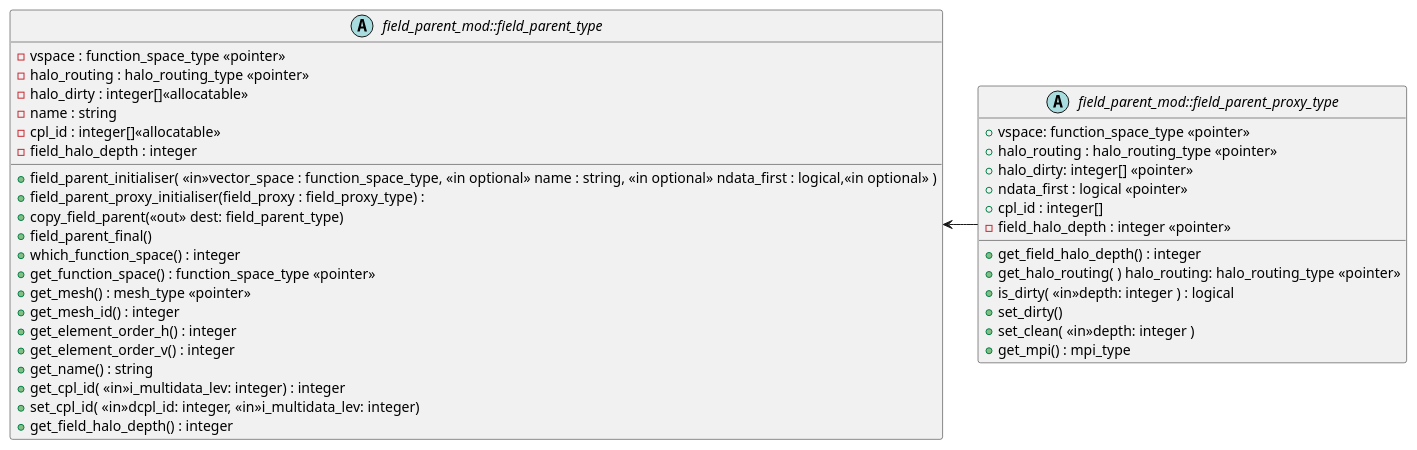
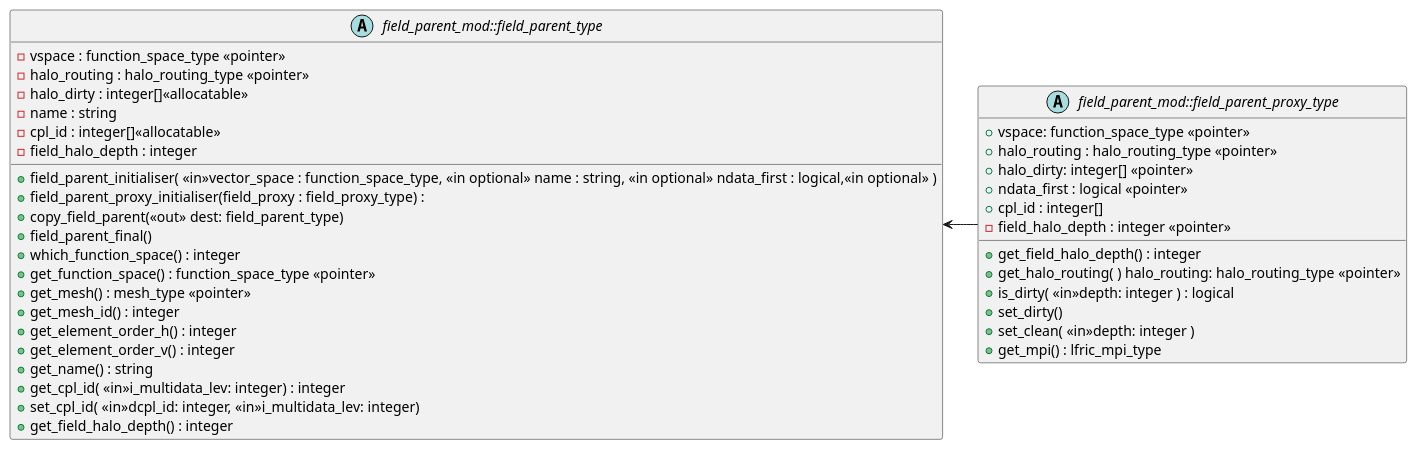
One commit to yaswant/lfric_core changed the diagram in infrastructure/documentation/uml/field/field_parent_mod.iuml. Above: the diagram before and after it, drawn with PlantUML. The commit also changed 94 other files, not shown here.

Commit message:
ticket:4542 : mikehobson : Rename "mpi_mod" to "lfric_mpi_mod"

```diff
--- a/infrastructure/documentation/uml/field/field_parent_mod.iuml
+++ b/infrastructure/documentation/uml/field/field_parent_mod.iuml
@@ -1,46 +1,46 @@
 ' (c) Crown copyright 2019 Met Office. All rights reserved.
 ' The file LICENCE, distributed with this code, contains details of the terms
 ' under which the code may be used.
 
 
 abstract class field_parent_mod::field_parent_type {
   -vspace : function_space_type <<pointer>>
   -halo_routing : halo_routing_type <<pointer>>
   -halo_dirty : integer[]<<allocatable>>
   -name : string
   -cpl_id : integer[]<<allocatable>>
   -field_halo_depth : integer
 
   +field_parent_initialiser( <<in>>vector_space : function_space_type, <<in optional>> name : string, <<in optional>> ndata_first : logical,<<in optional>> )
   +field_parent_proxy_initialiser(field_proxy : field_proxy_type) :
   +copy_field_parent(<<out>> dest: field_parent_type)
   +field_parent_final()
   +which_function_space() : integer
   +get_function_space() : function_space_type <<pointer>>
   +get_mesh() : mesh_type <<pointer>>
   +get_mesh_id() : integer
   +get_element_order_h() : integer
   +get_element_order_v() : integer
   +get_name() : string
   +get_cpl_id( <<in>>i_multidata_lev: integer) : integer
   +set_cpl_id( <<in>>dcpl_id: integer, <<in>>i_multidata_lev: integer)
   +get_field_halo_depth() : integer
 }
 
 abstract class field_parent_mod::field_parent_proxy_type {
   +vspace: function_space_type <<pointer>>
   +halo_routing : halo_routing_type <<pointer>>
   +halo_dirty: integer[] <<pointer>>
   +ndata_first : logical <<pointer>>
   +cpl_id : integer[]
   -field_halo_depth : integer <<pointer>>
 
   +get_field_halo_depth() : integer
   +get_halo_routing( ) halo_routing: halo_routing_type <<pointer>>
   +is_dirty( <<in>>depth: integer ) : logical
   +set_dirty()
   +set_clean( <<in>>depth: integer )
-  +get_mpi() : mpi_type
+  +get_mpi() : lfric_mpi_type
 }
 
 field_parent_mod::field_parent_type <- field_parent_mod::field_parent_proxy_type
```
